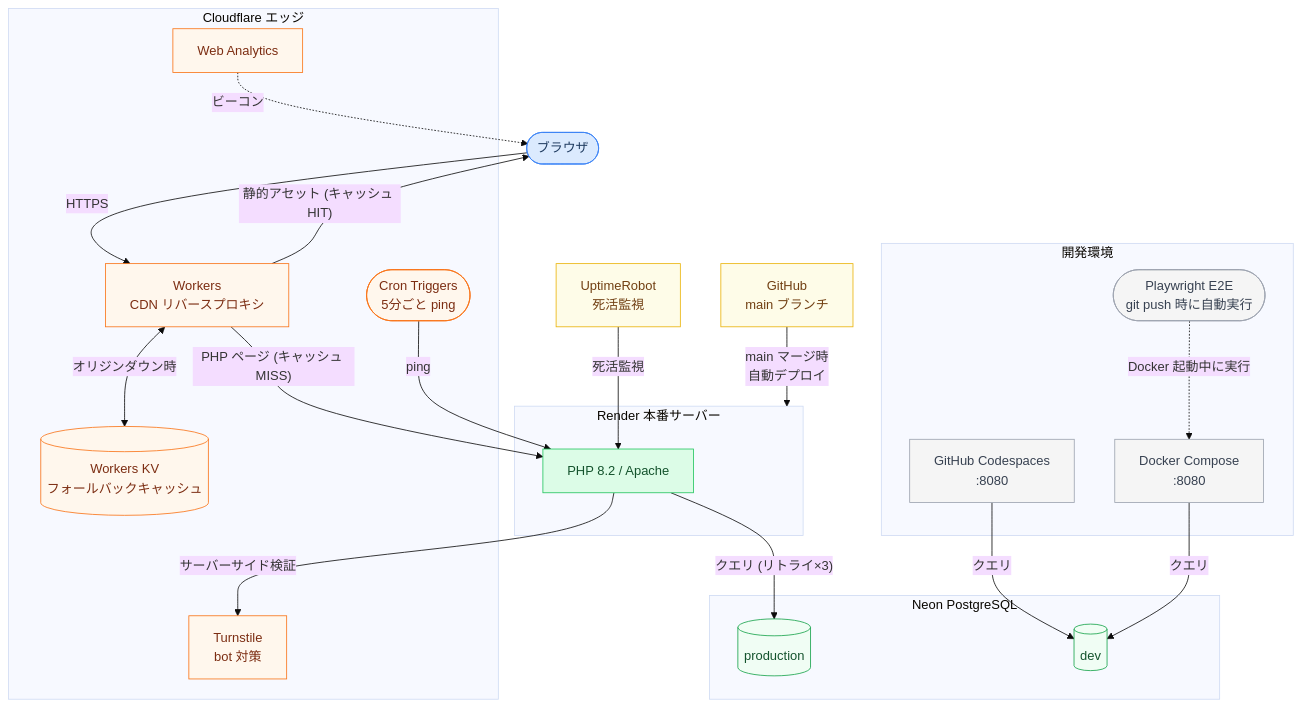
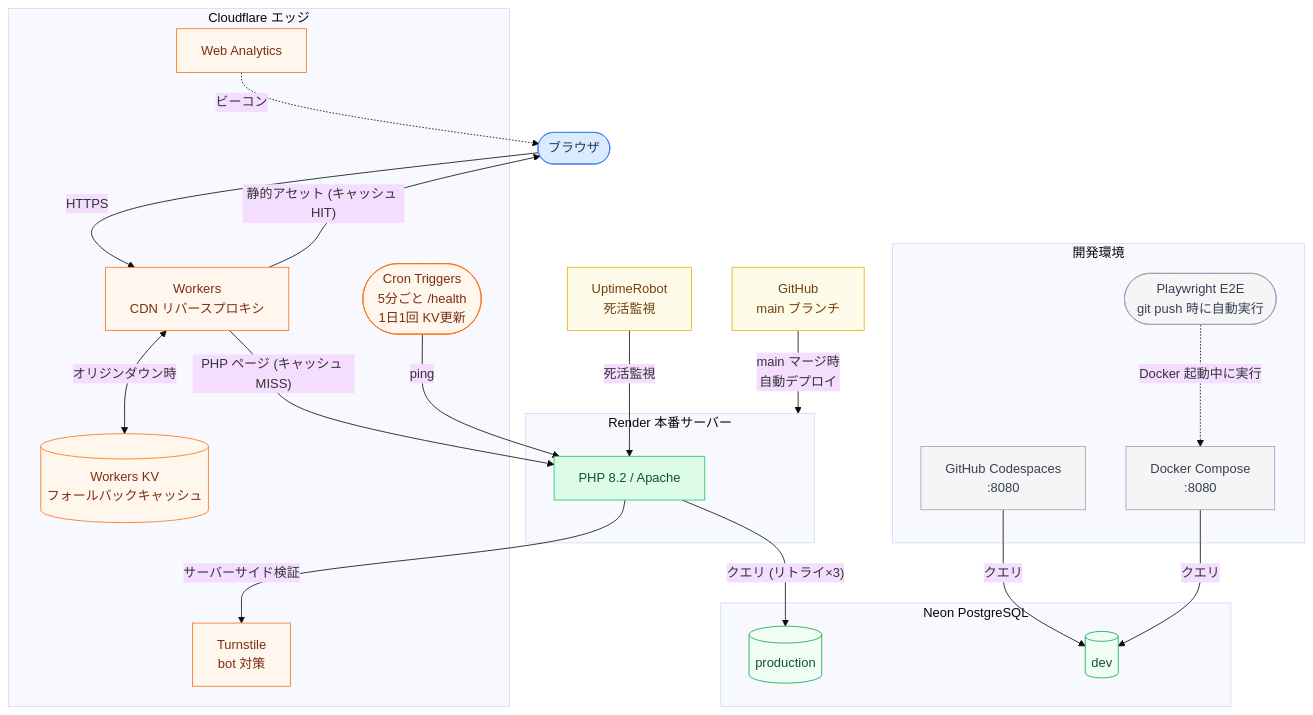
The diagram in README.md (aokyun1031/jantama_records_dev), drawn with Mermaid (base theme) before and after one commit. The commit also changed other lines of this file and 5 other files, not shown here.

First line of the commit message:
[add] : DB非依存のヘルスチェック /health を追加し Render/Worker cron の接続先を切り替える

````diff
--- a/README.md
+++ b/README.md
@@ -27,67 +27,67 @@
 ```mermaid
 graph TB
     %% スタイル定義（レイヤーごとに色分け）
     classDef userStyle   fill:#dbeafe,stroke:#3b82f6,color:#1e3a5f
     classDef cfStyle     fill:#fff7ed,stroke:#f97316,color:#7c2d12
     classDef serverStyle fill:#dcfce7,stroke:#22c55e,color:#14532d
     classDef dbStyle     fill:#f0fdf4,stroke:#16a34a,color:#14532d
     classDef devStyle    fill:#f5f5f5,stroke:#9ca3af,color:#374151
     classDef deployStyle fill:#fefce8,stroke:#eab308,color:#713f12
 
     %% ユーザー
     Browser(["ブラウザ"]):::userStyle
 
     %% Cloudflare エッジレイヤー
     subgraph CF["Cloudflare エッジ"]
         Workers["Workers\nCDN リバースプロキシ"]:::cfStyle
         KV[("Workers KV\nフォールバックキャッシュ")]:::cfStyle
-        Cron(["Cron Triggers\n5分ごと ping"]):::cfStyle
+        Cron(["Cron Triggers\n5分ごと /health\n1日1回 KV更新"]):::cfStyle
         Turnstile["Turnstile\nbot 対策"]:::cfStyle
         Analytics["Web Analytics"]:::cfStyle
     end
 
     %% アプリケーションレイヤー
     subgraph App["Render 本番サーバー"]
         PHP["PHP 8.2 / Apache"]:::serverStyle
     end
 
     %% データレイヤー
     subgraph DB["Neon PostgreSQL"]
         Prod[("production")]:::dbStyle
         Dev[("dev")]:::dbStyle
     end
 
     %% 開発環境
     subgraph DevEnv["開発環境"]
         Codespaces["GitHub Codespaces\n:8080"]:::devStyle
         Docker["Docker Compose\n:8080"]:::devStyle
         E2E(["Playwright E2E\ngit push 時に自動実行"]):::devStyle
     end
 
     %% デプロイ・監視
     GitHub["GitHub\nmain ブランチ"]:::deployStyle
     Monitor["UptimeRobot\n死活監視"]:::deployStyle
 
     %% 本番リクエストフロー
     Browser -->|"HTTPS"| Workers
     Workers -->|"静的アセット (キャッシュ HIT)"| Browser
     Workers -->|"PHP ページ (キャッシュ MISS)"| PHP
     Workers <-->|"オリジンダウン時"| KV
 
     %% Cloudflare サービス連携
     Cron -->|"ping"| PHP
     Analytics -. "ビーコン" .-> Browser
     PHP -->|"サーバーサイド検証"| Turnstile
 
     %% DB 接続
     PHP -->|"クエリ (リトライ×3)"| Prod
     Codespaces -->|"クエリ"| Dev
     Docker -->|"クエリ"| Dev
 
     %% デプロイ・監視
     GitHub -->|"main マージ時\n自動デプロイ"| App
     Monitor -->|"死活監視"| PHP
 
     %% E2E テスト
     E2E -. "Docker 起動中に実行" .-> Docker
 ```
````
